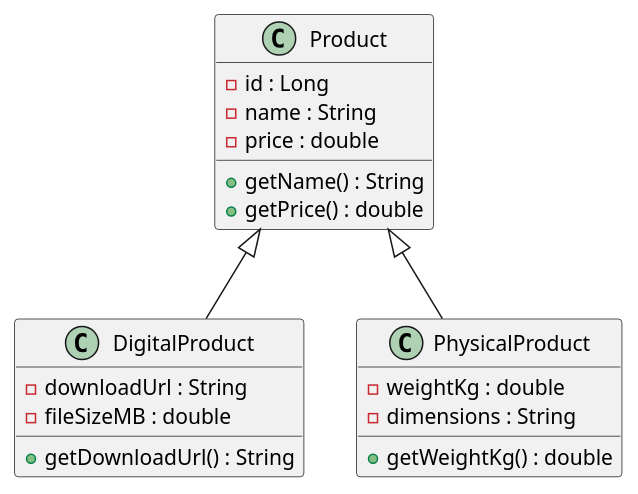
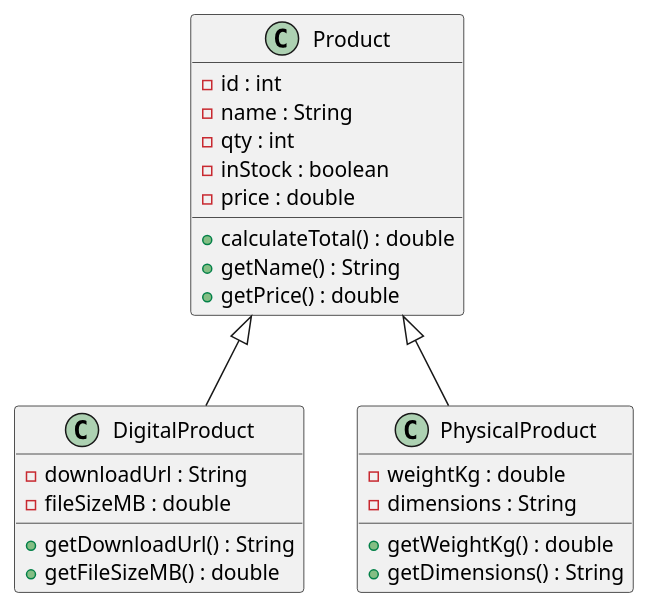
The diagram in uml/inheritance.puml (lalika366/class_practice), drawn with PlantUML before and after one commit. The commit also changed 5 other files, not shown here.

```diff
--- a/uml/inheritance.puml
+++ b/uml/inheritance.puml
@@ -1,23 +1,28 @@
 @startuml
 class Product {
-- id : Long
+- id : int
 - name : String
+- qty : int
+- inStock : boolean
 - price : double
++ calculateTotal() : double
 + getName() : String
 + getPrice() : double
+
 }
 class DigitalProduct {
 - downloadUrl : String
 - fileSizeMB : double
 + getDownloadUrl() : String
++ getFileSizeMB() : double
 }
 class PhysicalProduct {
 - weightKg : double
 - dimensions : String
+
 + getWeightKg() : double
-
++ getDimensions() : String
 }
-' <|-- is the inheritance arrow. The PARENT goes on the left.
 Product <|-- DigitalProduct
 Product <|-- PhysicalProduct
 @enduml
```
